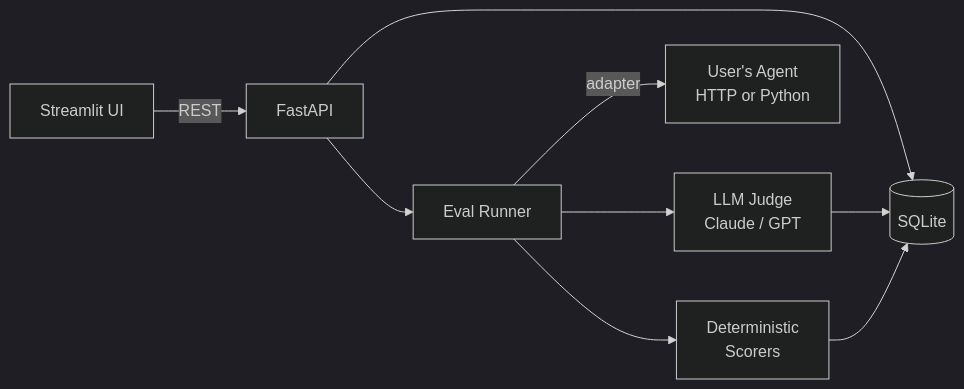
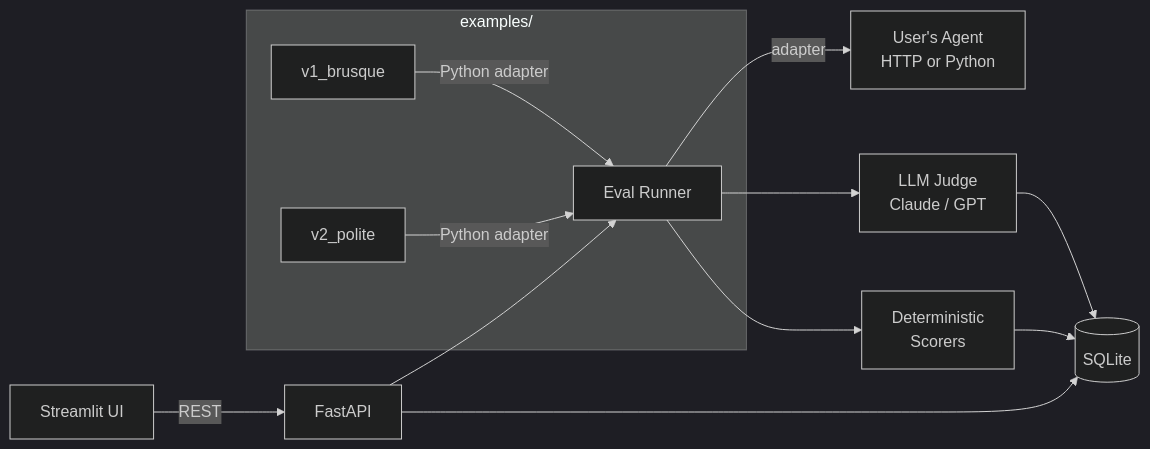
Before and after one commit to RitikPatill/agent-eval-lab-1792425379: the diagram in README.md, drawn with Mermaid (dark theme). The commit also changed other lines of this file and 14 other files, not shown here.

````diff
--- a/README.md
+++ b/README.md
@@ -118,11 +131,16 @@
 ```mermaid
 flowchart LR
     UI[Streamlit UI] -->|REST| API[FastAPI]
     API --> DB[(SQLite)]
     API --> Runner[Eval Runner]
     Runner -->|adapter| Agent[User's Agent<br/>HTTP or Python]
     Runner --> Judge[LLM Judge<br/>Claude / GPT]
     Runner --> Det[Deterministic<br/>Scorers]
     Judge --> DB
     Det --> DB
+
+    subgraph examples/
+        V1[v1_brusque] -->|Python adapter| Runner
+        V2[v2_polite]  -->|Python adapter| Runner
+    end
 ```
````
